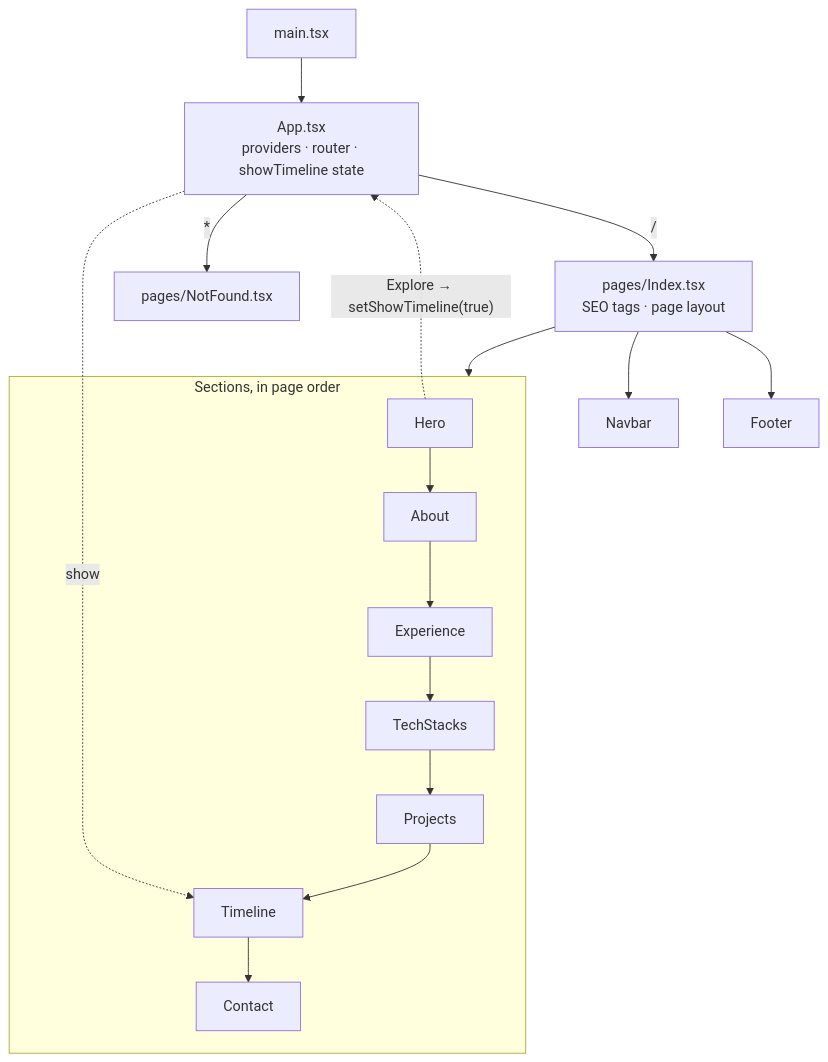
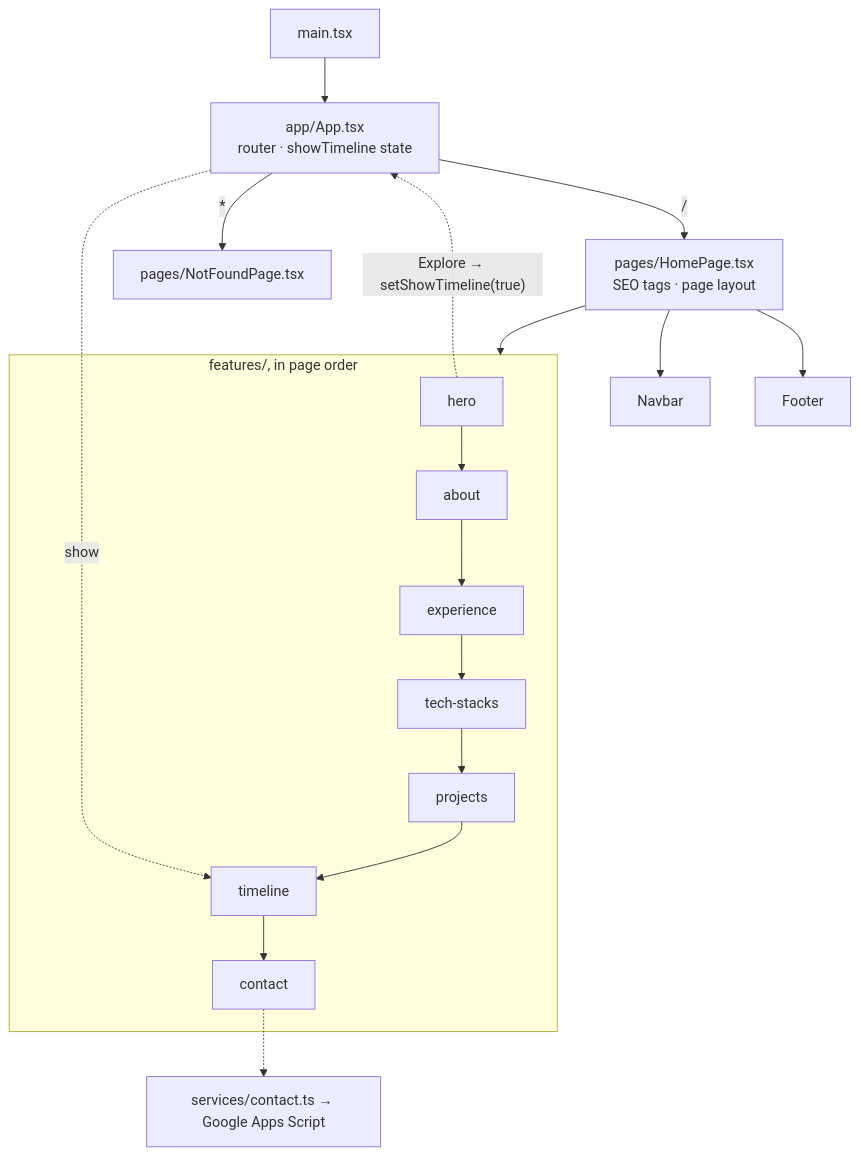
The diagram in README.md (akash-BuildHub/akash-portfolio), drawn with Mermaid before and after one commit. The commit also changed other lines of this file and 43 other files, not shown here.

````diff
--- a/README.md
+++ b/README.md
@@ -85,14 +100,15 @@
 ```mermaid
 flowchart TD
-    main["main.tsx"] --> app["App.tsx<br/>providers · router · showTimeline state"]
-    app -->|"/"| index["pages/Index.tsx<br/>SEO tags · page layout"]
-    app -->|"*"| notfound["pages/NotFound.tsx"]
-    index --> navbar["Navbar"]
-    index --> sections
-    index --> footer["Footer"]
-    subgraph sections["Sections, in page order"]
-        hero["Hero"] --> about["About"] --> experience["Experience"] --> tech["TechStacks"] --> projects["Projects"] --> timeline["Timeline"] --> contact["Contact"]
+    main["main.tsx"] --> app["app/App.tsx<br/>router · showTimeline state"]
+    app -->|"/"| home["pages/HomePage.tsx<br/>SEO tags · page layout"]
+    app -->|"*"| notfound["pages/NotFoundPage.tsx"]
+    home --> navbar["Navbar"]
+    home --> sections
+    home --> footer["Footer"]
+    subgraph sections["features/, in page order"]
+        hero["hero"] --> about["about"] --> experience["experience"] --> tech["tech-stacks"] --> projects["projects"] --> timeline["timeline"] --> contact["contact"]
     end
     hero -. "Explore → setShowTimeline(true)" .-> app
     app -. "show" .-> timeline
+    contact -.-> svc["services/contact.ts → Google Apps Script"]
 ```
````
